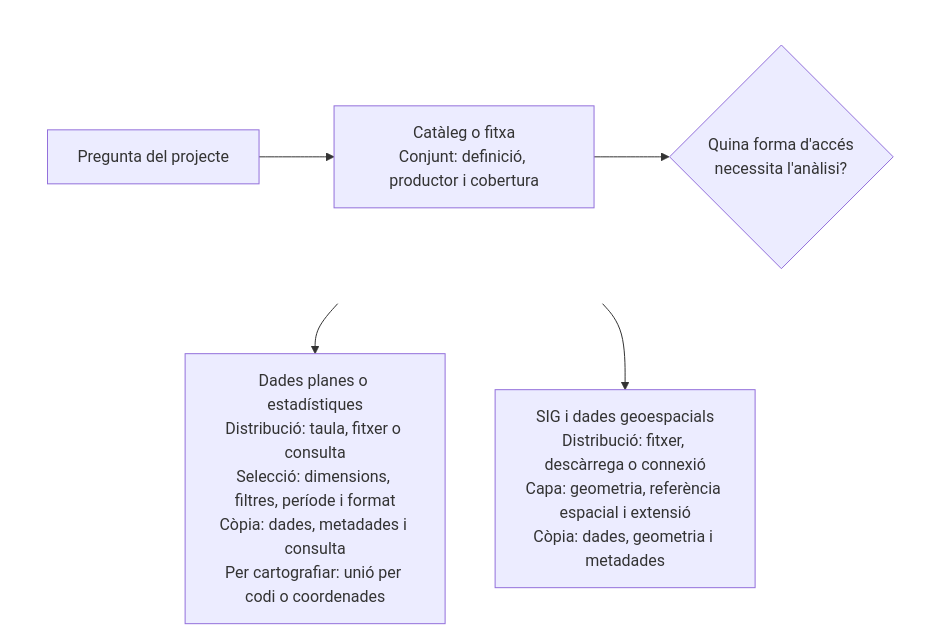
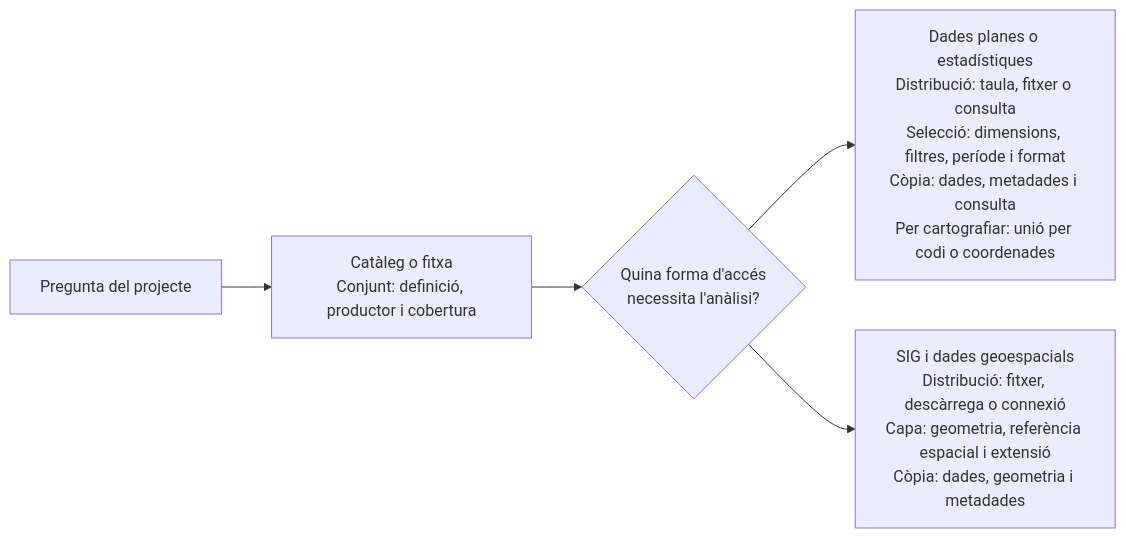
Before and after one commit to geourv/tigit: the diagram in assets/diagrams/data-source-levels.mmd, drawn with Mermaid. The commit also changed 96 other files, not shown here.

```diff
--- a/assets/diagrams/data-source-levels.mmd
+++ b/assets/diagrams/data-source-levels.mmd
@@ -1,8 +1,4 @@
-flowchart TB
-  subgraph top[" "]
-    direction LR
-    question[Pregunta del projecte] --> source[Catàleg o fitxa<br/>Conjunt: definició, productor i cobertura] --> access{Quina forma d'accés<br/>necessita l'anàlisi?}
-  end
+flowchart LR
+  question[Pregunta del projecte] --> source[Catàleg o fitxa<br/>Conjunt: definició, productor i cobertura] --> access{Quina forma d'accés<br/>necessita l'anàlisi?}
   access --> flat[Dades planes o estadístiques<br/>Distribució: taula, fitxer o consulta<br/>Selecció: dimensions, filtres, període i format<br/>Còpia: dades, metadades i consulta<br/>Per cartografiar: unió per codi o coordenades]
   access --> spatial[SIG i dades geoespacials<br/>Distribució: fitxer, descàrrega o connexió<br/>Capa: geometria, referència espacial i extensió<br/>Còpia: dades, geometria i metadades]
-  style top fill:none,stroke:none
```
